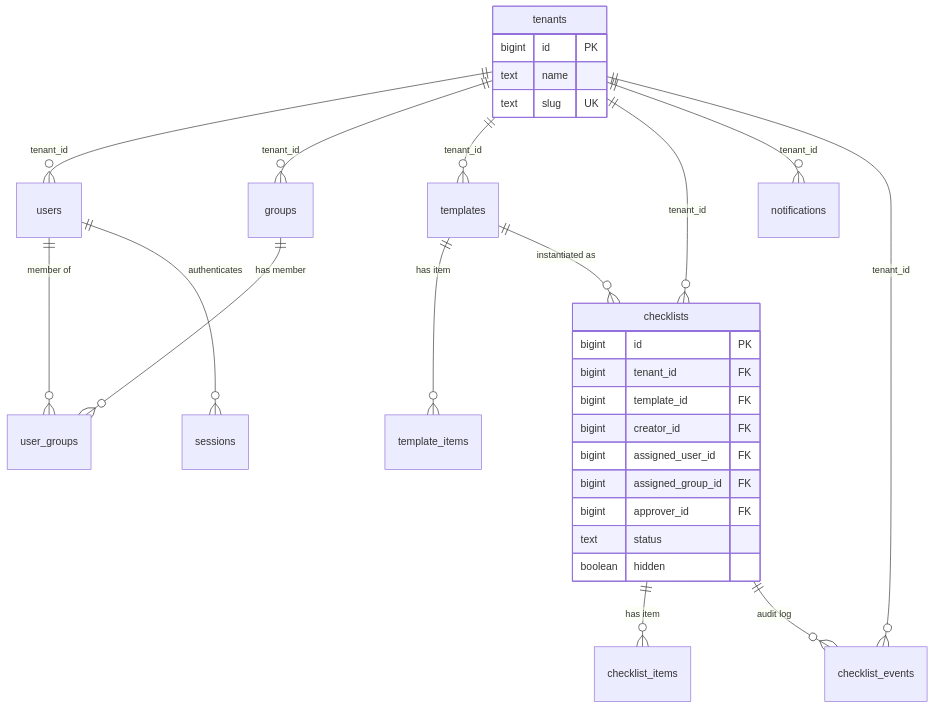
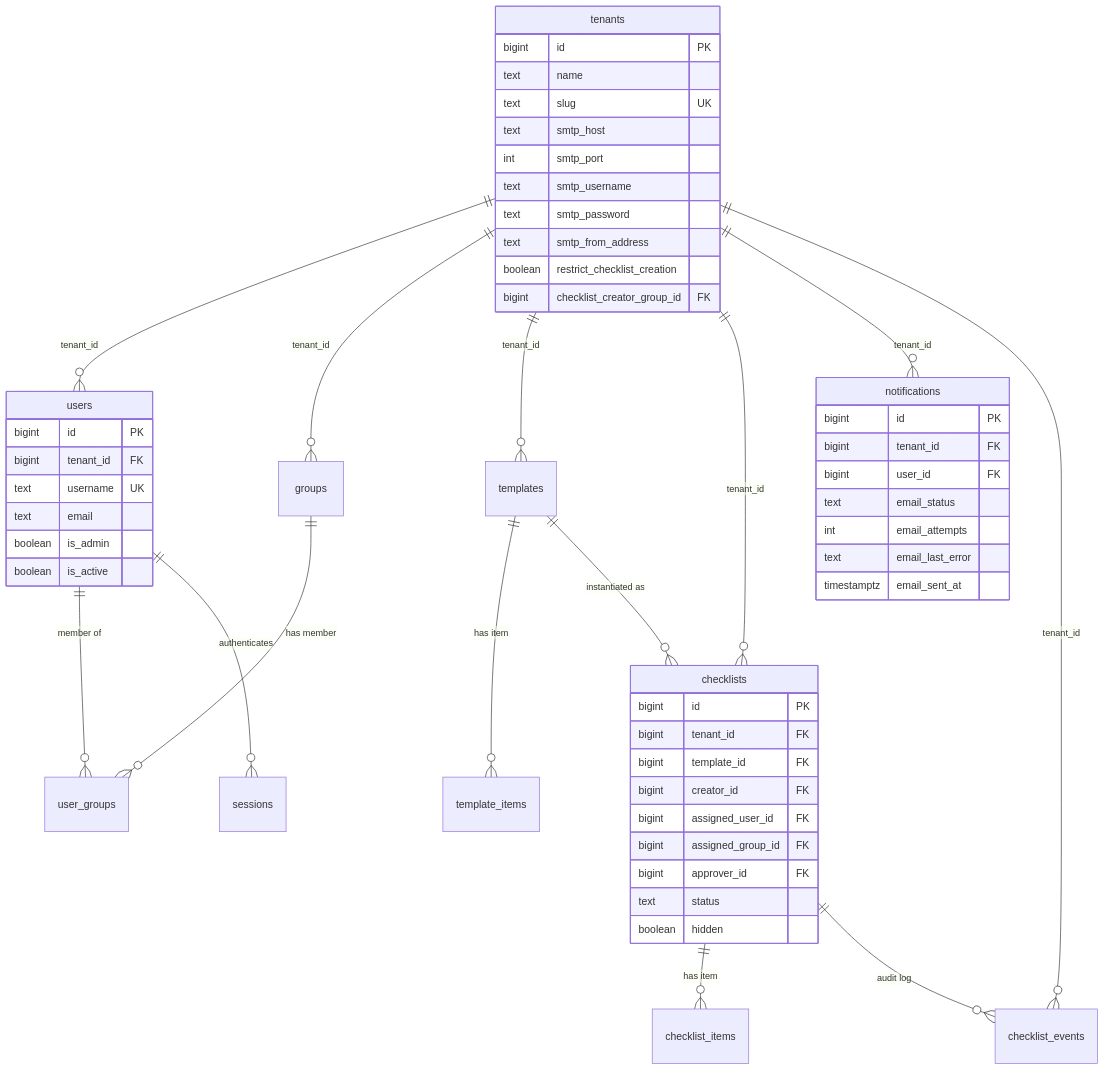
The third of 3 diagrams in docs/architecture.md (mkandel/go-checklists), drawn with Mermaid before and after one commit. The commit also changed other lines of this file and 81 other files, not shown here.

````diff
--- a/docs/architecture.md
+++ b/docs/architecture.md
@@ -99,33 +124,57 @@
 ```mermaid
 erDiagram
     tenants ||--o{ users : "tenant_id"
     tenants ||--o{ groups : "tenant_id"
     tenants ||--o{ templates : "tenant_id"
     tenants ||--o{ checklists : "tenant_id"
     tenants ||--o{ notifications : "tenant_id"
     tenants ||--o{ checklist_events : "tenant_id"
     users ||--o{ user_groups : "member of"
     groups ||--o{ user_groups : "has member"
     templates ||--o{ template_items : "has item"
     templates ||--o{ checklists : "instantiated as"
     checklists ||--o{ checklist_items : "has item"
     checklists ||--o{ checklist_events : "audit log"
     users ||--o{ sessions : "authenticates"
 
     tenants {
         bigint id PK
         text name
         text slug UK
+        text smtp_host
+        int smtp_port
+        text smtp_username
+        text smtp_password
+        text smtp_from_address
+        boolean restrict_checklist_creation
+        bigint checklist_creator_group_id FK
+    }
+    users {
+        bigint id PK
+        bigint tenant_id FK
+        text username UK
+        text email
+        boolean is_admin
+        boolean is_active
     }
     checklists {
         bigint id PK
         bigint tenant_id FK
         bigint template_id FK
         bigint creator_id FK
         bigint assigned_user_id FK
         bigint assigned_group_id FK
         bigint approver_id FK
         text status
         boolean hidden
     }
+    notifications {
+        bigint id PK
+        bigint tenant_id FK
+        bigint user_id FK
+        text email_status
+        int email_attempts
+        text email_last_error
+        timestamptz email_sent_at
+    }
 ```
````
